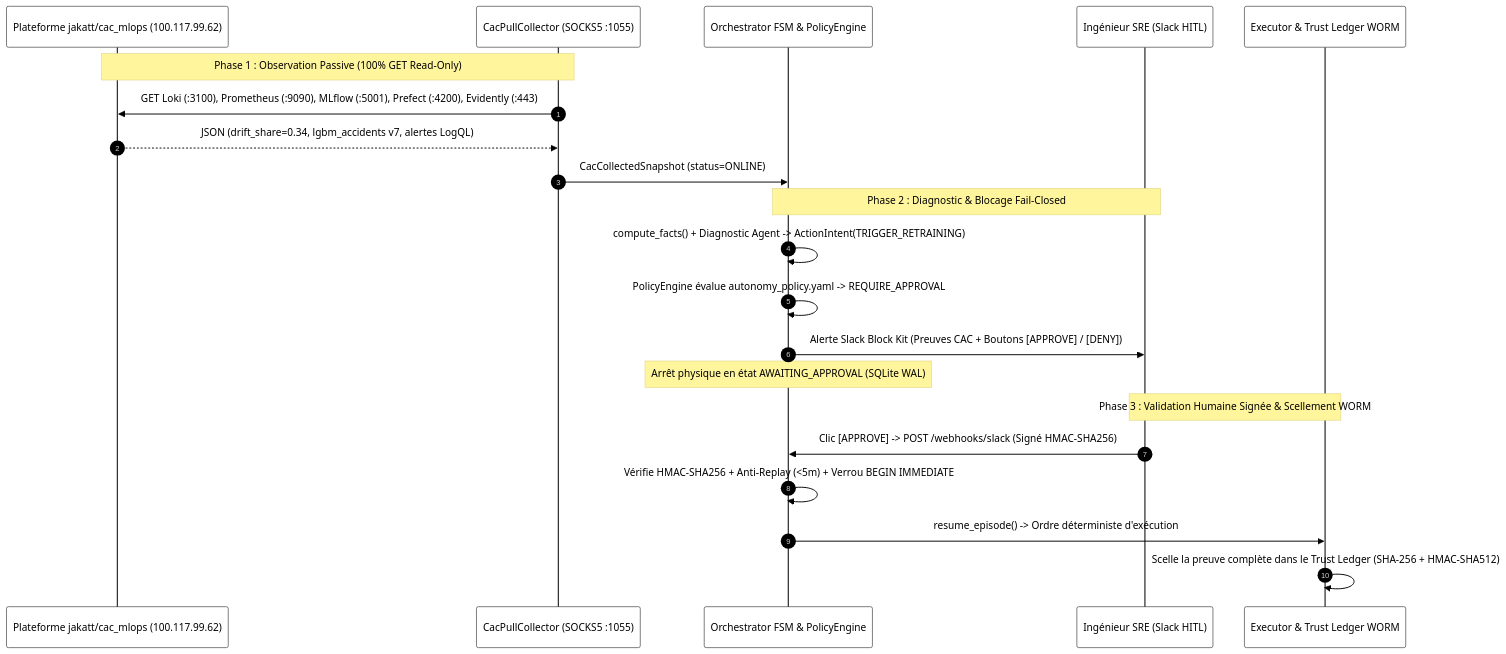
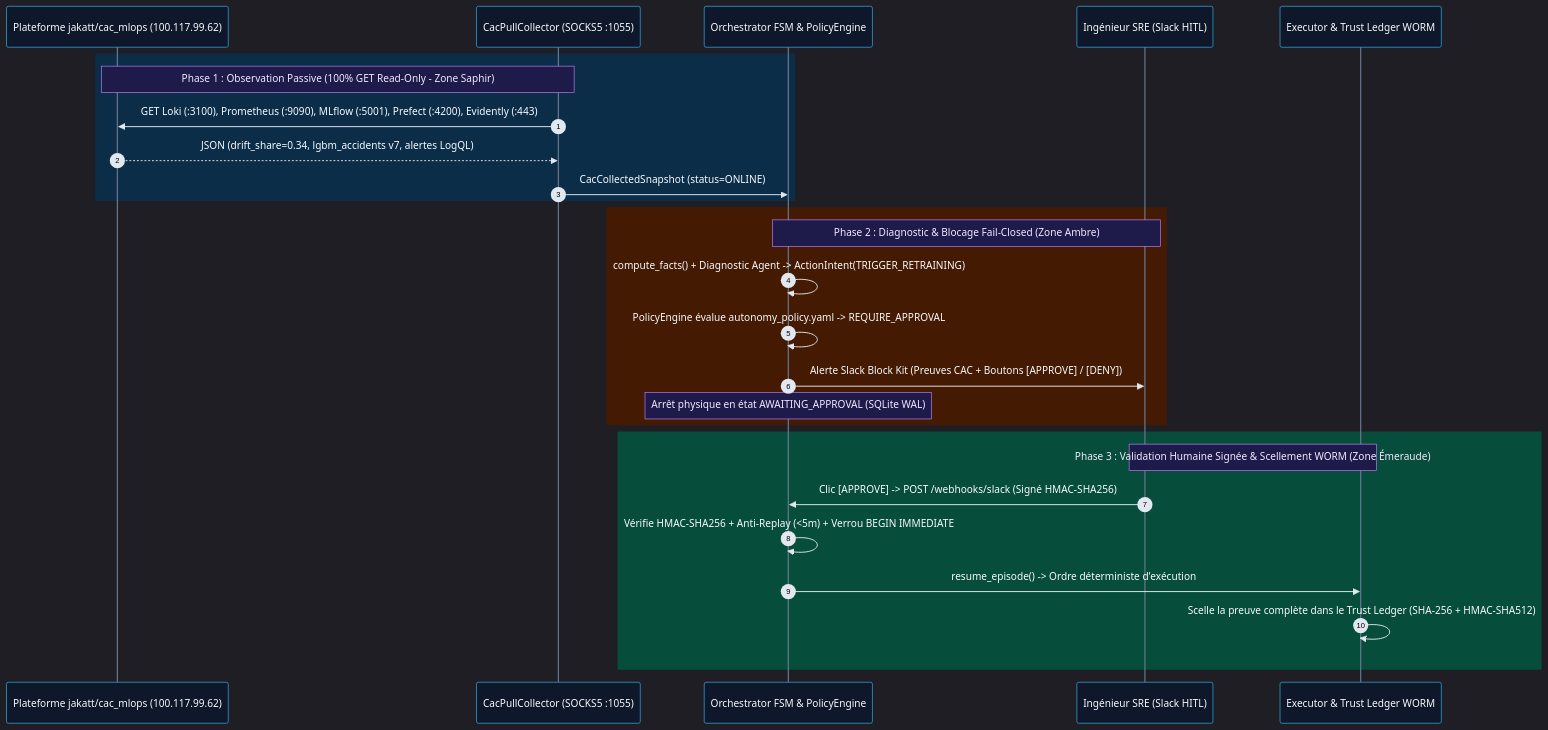
The first of 3 diagrams in README_FR.md (nolll77/agentic-ops), drawn with Mermaid before and after one commit. The commit also changed other lines of this file and 1 other file, not shown here.

Commit message:
style(mermaid): apply semantic Dark-Mode color palette across all sequence and flowchart diagrams in README.md and README_FR.md

````diff
--- a/README_FR.md
+++ b/README_FR.md
@@ -241,27 +241,33 @@
 ```mermaid
-%%{init: {'theme': 'base', 'themeVariables': {'primaryColor': '#ffffff', 'primaryTextColor': '#000000', 'primaryBorderColor': '#333333', 'lineColor': '#333333', 'noteBkgColor': '#fff59d', 'noteTextColor': '#000000'}}}%%
+%%{init: {'theme': 'dark', 'themeVariables': {'actorBkg': '#0f172a', 'actorBorder': '#38bdf8', 'actorTextColor': '#f8fafc', 'actorLineColor': '#64748b', 'signalColor': '#e2e8f0', 'signalTextColor': '#f8fafc', 'noteBkgColor': '#1e1b4b', 'noteBorderColor': '#c084fc', 'noteTextColor': '#f3e8ff', 'activationBkgColor': '#334155', 'activationBorderColor': '#38bdf8'}}}%%
 sequenceDiagram
     autonumber
     participant CAC as Plateforme jakatt/cac_mlops (100.117.99.62)
     participant Pull as CacPullCollector (SOCKS5 :1055)
     participant FSM as Orchestrator FSM & PolicyEngine
     participant Slack as Ingénieur SRE (Slack HITL)
     participant Exec as Executor & Trust Ledger WORM
 
-    Note over CAC, Pull: Phase 1 : Observation Passive (100% GET Read-Only)
+    rect rgb(12, 45, 72)
+    Note over CAC, Pull: Phase 1 : Observation Passive (100% GET Read-Only - Zone Saphir)
     Pull->>CAC: GET Loki (:3100), Prometheus (:9090), MLflow (:5001), Prefect (:4200), Evidently (:443)
     CAC-->>Pull: JSON (drift_share=0.34, lgbm_accidents v7, alertes LogQL)
     Pull->>FSM: CacCollectedSnapshot (status=ONLINE)
+    end
 
-    Note over FSM, Slack: Phase 2 : Diagnostic & Blocage Fail-Closed
+    rect rgb(69, 26, 3)
+    Note over FSM, Slack: Phase 2 : Diagnostic & Blocage Fail-Closed (Zone Ambre)
     FSM->>FSM: compute_facts() + Diagnostic Agent -> ActionIntent(TRIGGER_RETRAINING)
     FSM->>FSM: PolicyEngine évalue autonomy_policy.yaml -> REQUIRE_APPROVAL
     FSM->>Slack: Alerte Slack Block Kit (Preuves CAC + Boutons [APPROVE] / [DENY])
     Note over FSM: Arrêt physique en état AWAITING_APPROVAL (SQLite WAL)
+    end
 
-    Note over Slack, Exec: Phase 3 : Validation Humaine Signée & Scellement WORM
+    rect rgb(6, 78, 59)
+    Note over Slack, Exec: Phase 3 : Validation Humaine Signée & Scellement WORM (Zone Émeraude)
     Slack->>FSM: Clic [APPROVE] -> POST /webhooks/slack (Signé HMAC-SHA256)
     FSM->>FSM: Vérifie HMAC-SHA256 + Anti-Replay (<5m) + Verrou BEGIN IMMEDIATE
     FSM->>Exec: resume_episode() -> Ordre déterministe d'exécution
     Exec->>Exec: Scelle la preuve complète dans le Trust Ledger (SHA-256 + HMAC-SHA512)
+    end
 ```
````
